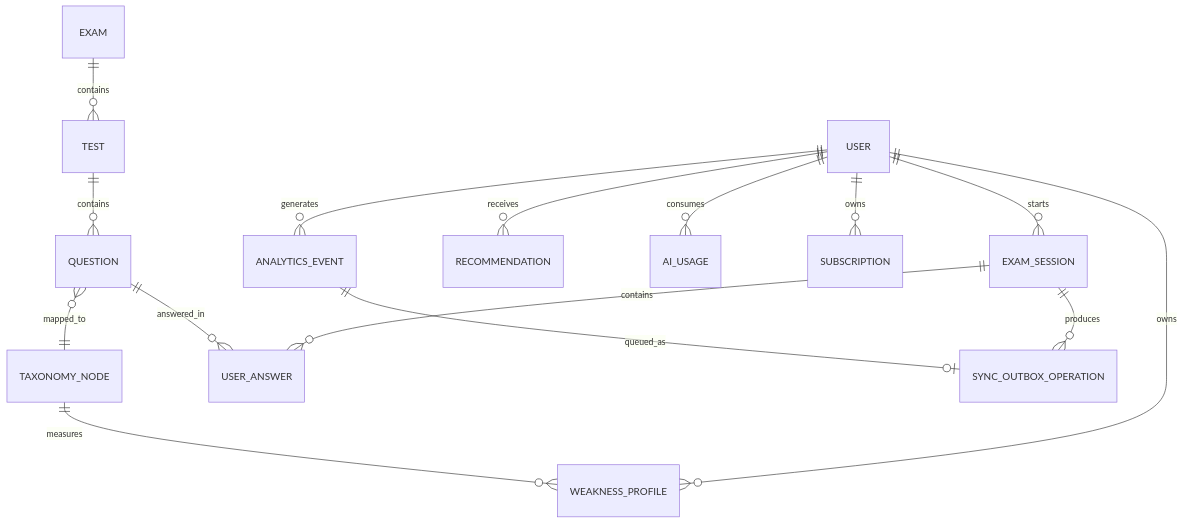
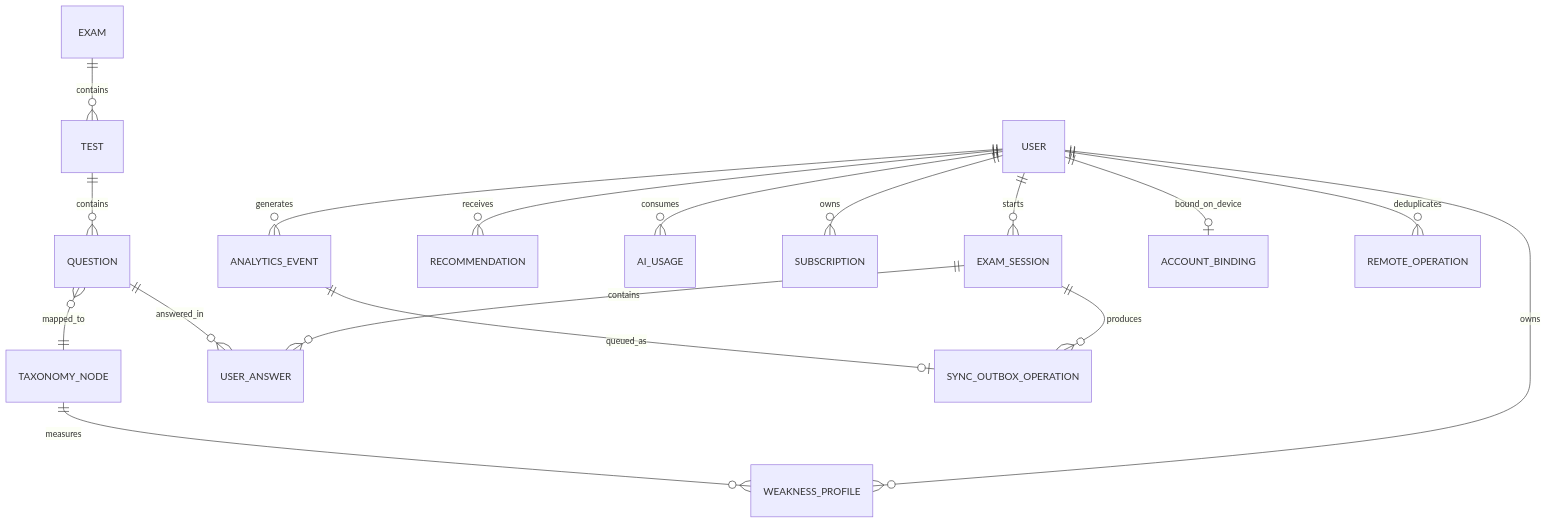
One commit to fauzibinfaisal/ExamCoach changed the diagram in docs/engineering/Database_ERD.md. Above: the diagram before and after it, drawn with Mermaid. The commit also changed other lines of this file and 62 other files, not shown here.

````diff
--- a/docs/engineering/Database_ERD.md
+++ b/docs/engineering/Database_ERD.md
@@ -5,17 +5,19 @@
 ```mermaid
 erDiagram
     USER ||--o{ EXAM_SESSION : starts
     EXAM ||--o{ TEST : contains
     TEST ||--o{ QUESTION : contains
     QUESTION }o--|| TAXONOMY_NODE : mapped_to
     EXAM_SESSION ||--o{ USER_ANSWER : contains
     QUESTION ||--o{ USER_ANSWER : answered_in
     USER ||--o{ WEAKNESS_PROFILE : owns
     TAXONOMY_NODE ||--o{ WEAKNESS_PROFILE : measures
     USER ||--o{ RECOMMENDATION : receives
     USER ||--o{ AI_USAGE : consumes
     USER ||--o{ SUBSCRIPTION : owns
     USER ||--o{ ANALYTICS_EVENT : generates
+    USER ||--o| ACCOUNT_BINDING : bound_on_device
+    USER ||--o{ REMOTE_OPERATION : deduplicates
     EXAM_SESSION ||--o{ SYNC_OUTBOX_OPERATION : produces
     ANALYTICS_EVENT ||--o| SYNC_OUTBOX_OPERATION : queued_as
 ```
````
